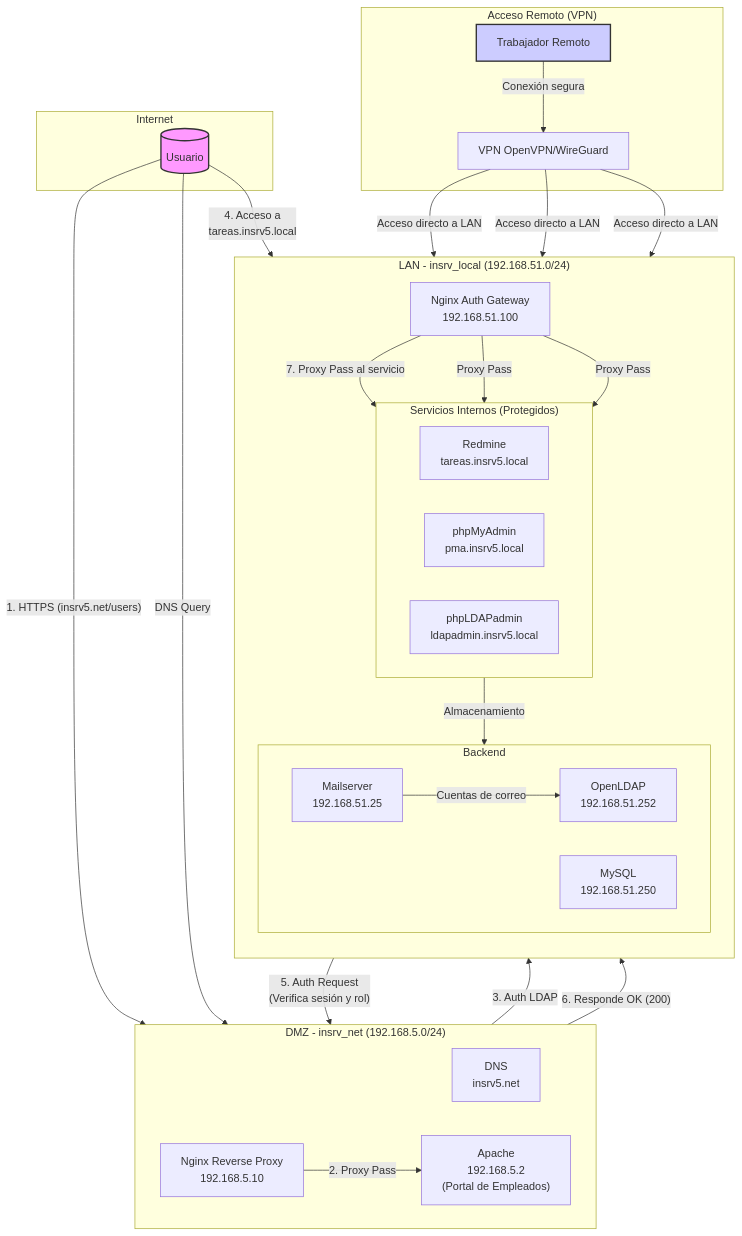
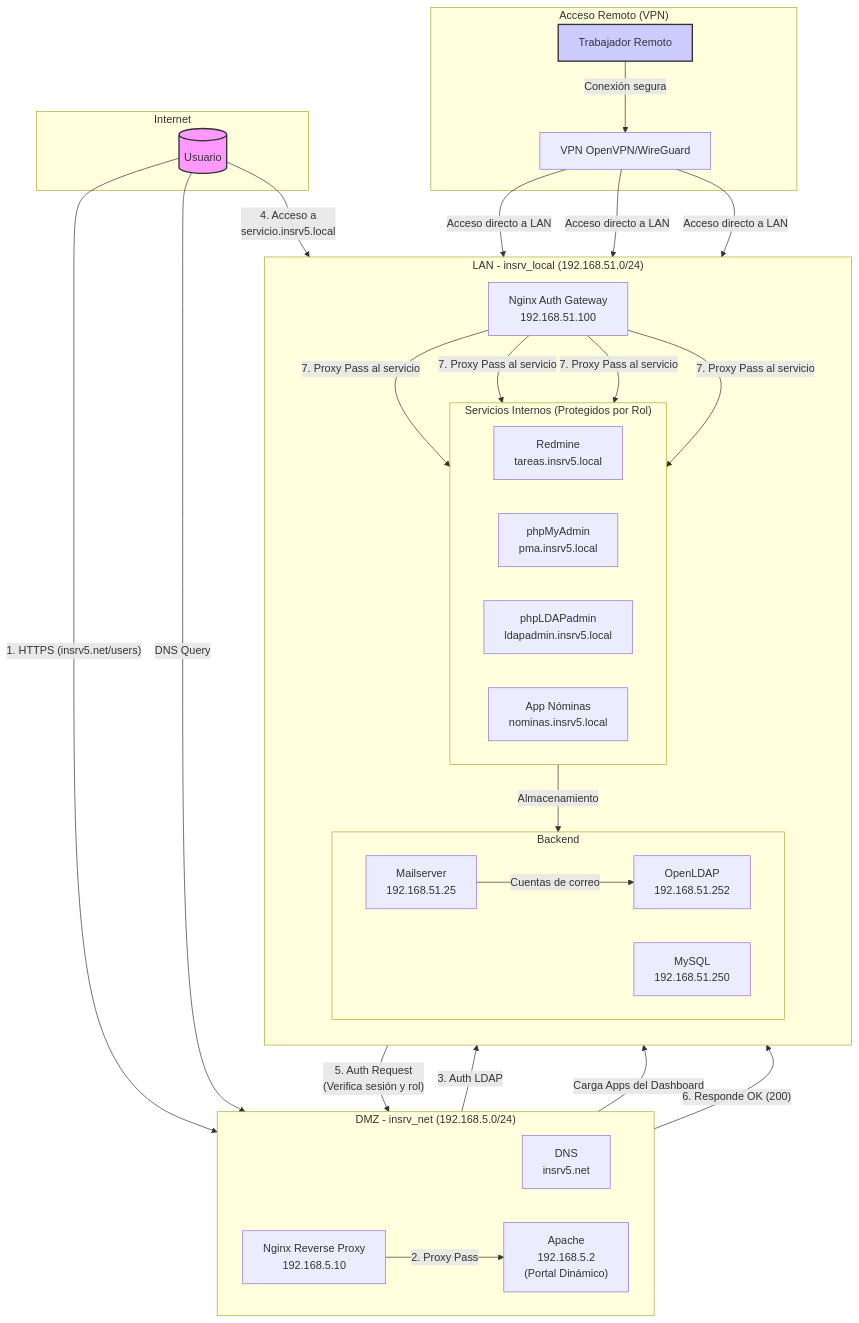
The diagram in README.md (CrIsTiAnPvP/Docker-Enterprise-Stack), drawn with Mermaid before and after one commit. The commit also changed other lines of this file and 30 other files, not shown here.

First line of the commit message:
Implementación de dashboard dinámico y módulo de nóminas

````diff
--- a/README.md
+++ b/README.md
@@ -37,64 +37,67 @@
 ```mermaid
 graph TD
     subgraph Internet
         User[("Usuario")]
     end
 
     subgraph "DMZ - insrv_net (192.168.5.0/24)"
         direction LR
         dns_dmz["DNS<br>insrv5.net"]
         nginx_dmz["Nginx Reverse Proxy<br>192.168.5.10"]
-        apache_dmz["Apache<br>192.168.5.2<br>(Portal de Empleados)"]
+        apache_dmz["Apache<br>192.168.5.2<br>(Portal Dinámico)"]
     end
 
     subgraph "LAN - insrv_local (192.168.51.0/24)"
         direction TB
         nginx_lan["Nginx Auth Gateway<br>192.168.51.100"]
-        subgraph "Servicios Internos (Protegidos)"
+        subgraph "Servicios Internos (Protegidos por Rol)"
             direction LR
             redmine["Redmine<br>tareas.insrv5.local"]
             phpmyadmin["phpMyAdmin<br>pma.insrv5.local"]
             phpldapadmin["phpLDAPadmin<br>ldapadmin.insrv5.local"]
+            nominas["App Nóminas<br>nominas.insrv5.local"]
         end
 
         subgraph "Backend"
             direction LR
             openldap["OpenLDAP<br>192.168.51.252"]
             mysql["MySQL<br>192.168.51.250"]
             mailserver["Mailserver<br>192.168.51.25"]
         end
     end
 
     subgraph "Acceso Remoto (VPN)"
         worker["Trabajador Remoto"]
         vpn[VPN OpenVPN/WireGuard]
     end
 
     %% --- Flujos de Red ---
     User -- 1. HTTPS (insrv5.net/users) --> nginx_dmz
     User -- DNS Query --> dns_dmz
     nginx_dmz -- 2. Proxy Pass --> apache_dmz
     apache_dmz -- 3. Auth LDAP --> openldap
+    apache_dmz -- "Carga Apps del Dashboard" --> mysql
 
     %% --- Flujo de Acceso Interno con SSO ---
-    User -- "4. Acceso a<br>tareas.insrv5.local" --> nginx_lan
+    User -- "4. Acceso a<br>servicio.insrv5.local" --> nginx_lan
     nginx_lan -- "5. Auth Request<br>(Verifica sesión y rol)" --> apache_dmz
     apache_dmz -- "6. Responde OK (200)" --> nginx_lan
     nginx_lan -- "7. Proxy Pass al servicio" --> redmine
-    
-    nginx_lan -- Proxy Pass --> phpmyadmin
-    nginx_lan -- Proxy Pass --> phpldapadmin
+    nginx_lan -- "7. Proxy Pass al servicio" --> phpmyadmin
+    nginx_lan -- "7. Proxy Pass al servicio" --> phpldapadmin
+    nginx_lan -- "7. Proxy Pass al servicio" --> nominas
+
 
     redmine -- Almacenamiento --> mysql
     mailserver -- Cuentas de correo --> openldap
 
     worker -- Conexión segura --> vpn
 
     vpn -- Acceso directo a LAN --> mysql
     vpn -- Acceso directo a LAN --> openldap
     vpn -- Acceso directo a LAN --> nginx_lan
 
     %% --- Estilos ---
     style User fill:#f9f,stroke:#333,stroke-width:2px
     style worker fill:#ccf,stroke:#333,stroke-width:2px
 ```
````
